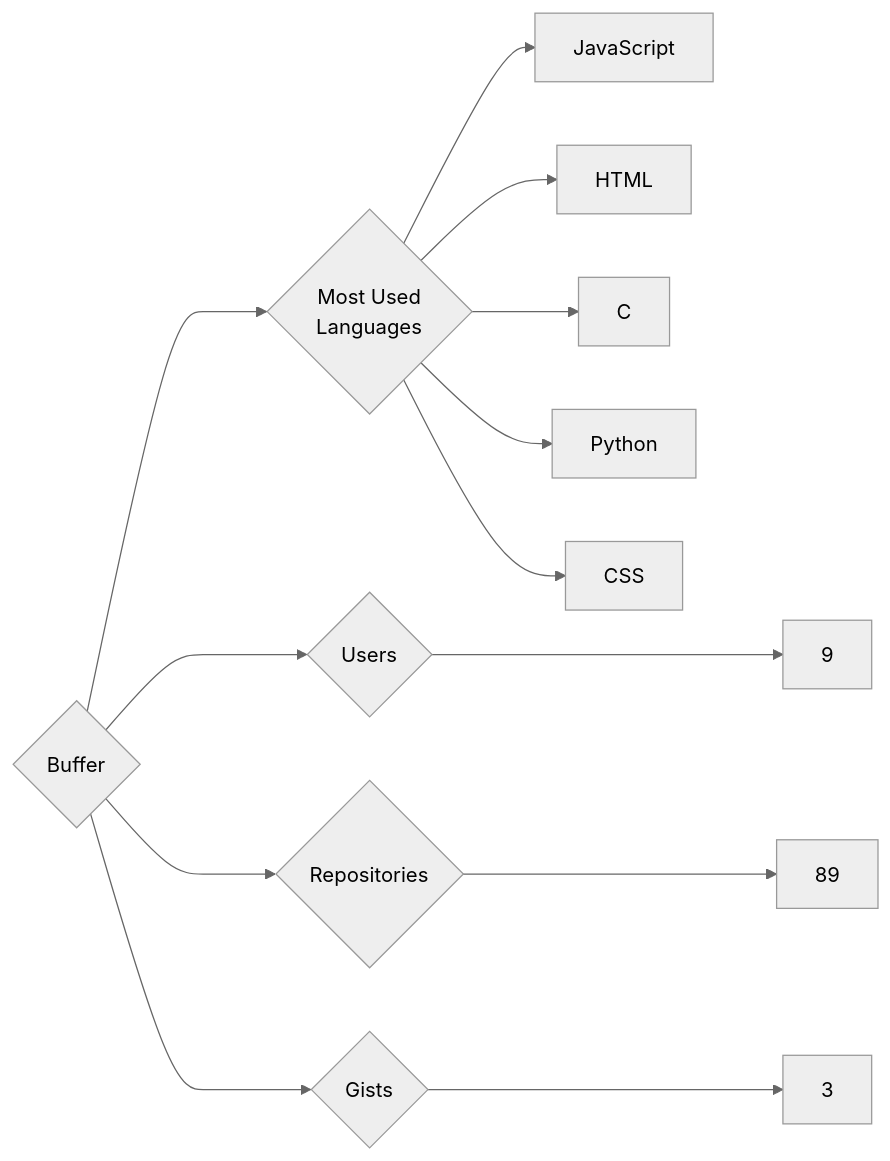
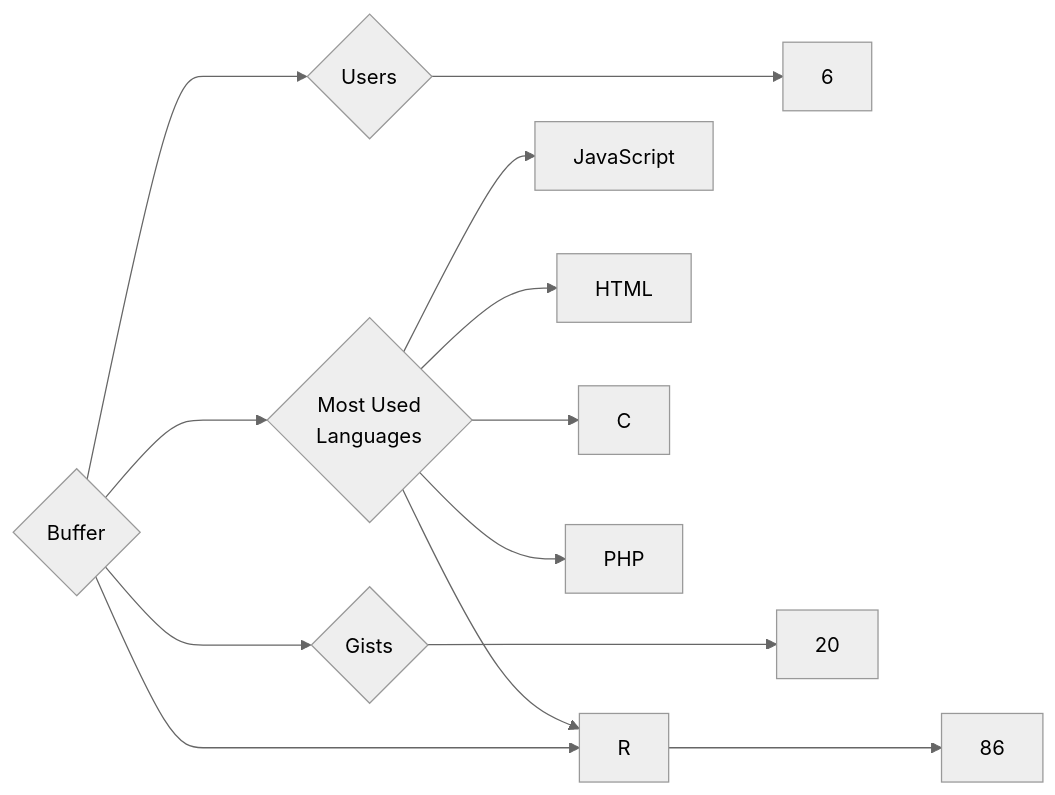
Before and after one commit to trickest/insiders: the diagram in targets/Buffer/README.md, drawn with Mermaid (neutral theme). The commit also changed 775 other files, not shown here.

````diff
--- a/targets/Buffer/README.md
+++ b/targets/Buffer/README.md
@@ -3,13 +3,13 @@
 ```mermaid
 graph LR
 COMPANY_NAME{Buffer}
-COMPANY_NAME ---> U{Users} ---> UN[9]
-COMPANY_NAME ---> R{Repositories} ---> RN[89]
-COMPANY_NAME ---> G{Gists} ---> GN[3]
+COMPANY_NAME ---> U{Users} ---> UN[6]
+COMPANY_NAME ---> R{Repositories} ---> RN[86]
+COMPANY_NAME ---> G{Gists} ---> GN[20]
 COMPANY_NAME ---> ML{Most Used<br>Languages}
 ML --> JavaScript[JavaScript]
 ML --> HTML[HTML]
+ML --> R[R]
 ML --> C[C]
-ML --> Python[Python]
-ML --> CSS[CSS]
+ML --> PHP[PHP]
 ```
````
